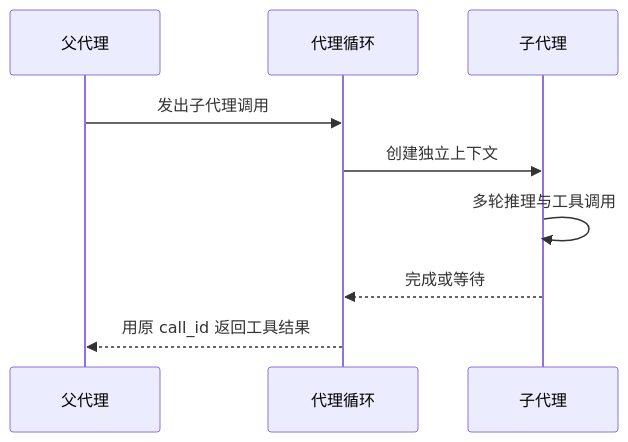
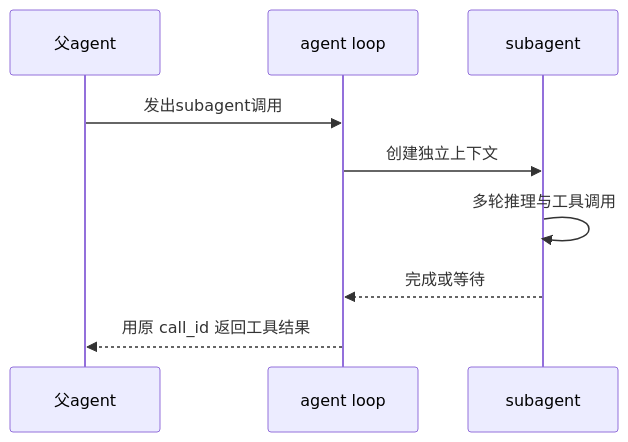
The sixth of 10 diagrams in docs/01-agent-loop-and-architecture.md (Arthur999459up/GitAgent), drawn with Mermaid before and after one commit. The commit also changed other lines of this file and 15 other files, not shown here.

````diff
--- a/docs/01-agent-loop-and-architecture.md
+++ b/docs/01-agent-loop-and-architecture.md
@@ -214,12 +214,12 @@
 ```mermaid
 sequenceDiagram
-    participant P as 父代理
-    participant L as 代理循环
-    participant C as 子代理
+    participant P as 父agent
+    participant L as agent loop
+    participant C as subagent
 
-    P->>L: 发出子代理调用
+    P->>L: 发出subagent调用
     L->>C: 创建独立上下文
     C->>C: 多轮推理与工具调用
     C-->>L: 完成或等待
     L-->>P: 用原 call_id 返回工具结果
 ```
````
